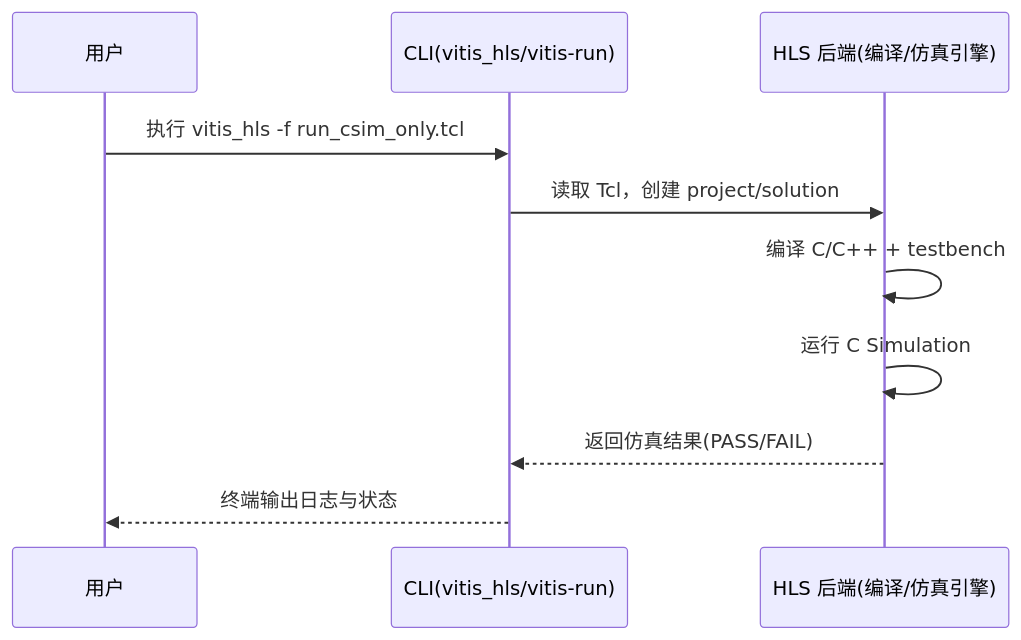
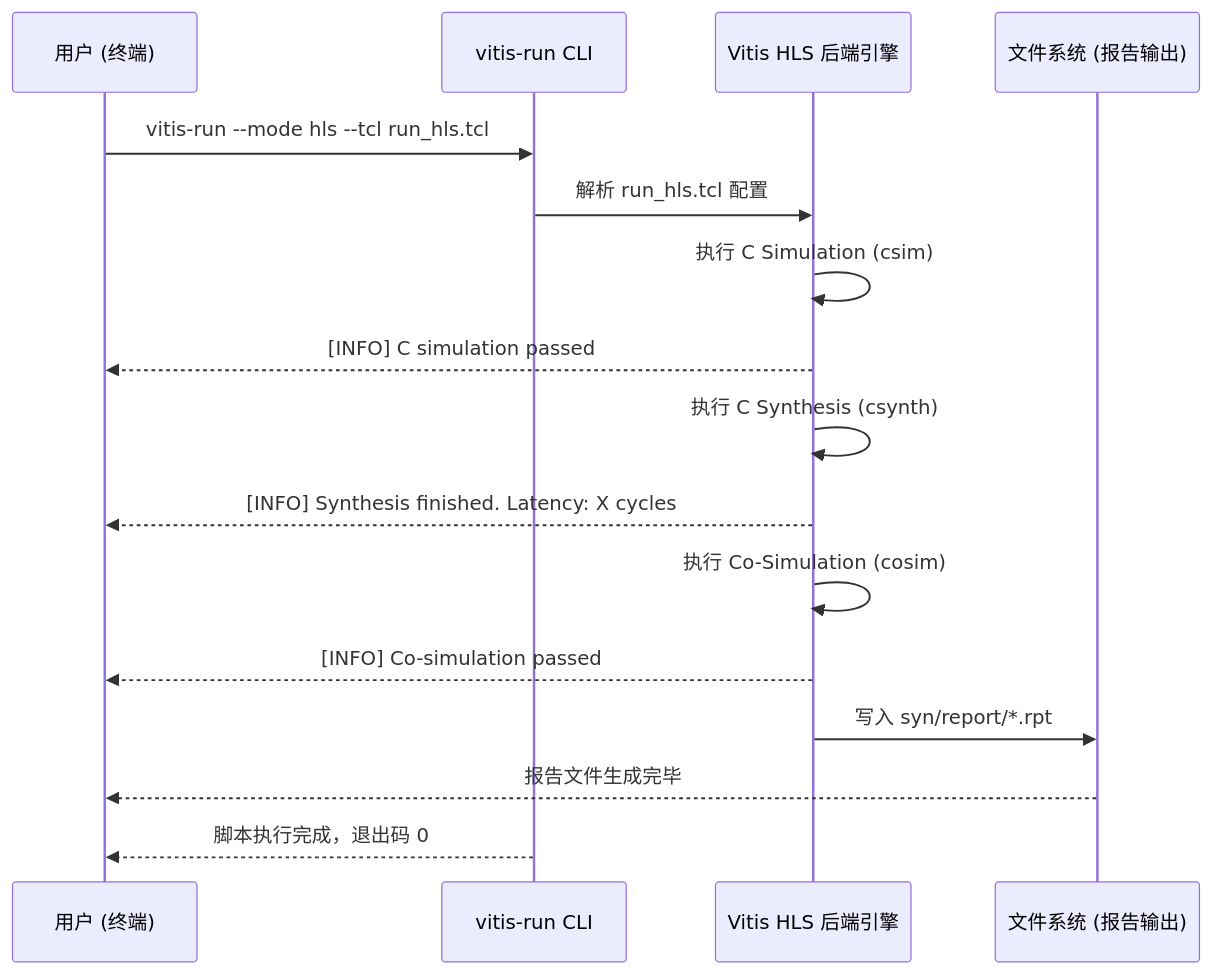
Before and after one commit to nerdneilsfield/code-wiki-pages: the second of 2 diagrams in public/Vitis-HLS-Introductory-Examples-2024.2/guide-getting-started.md, drawn with Mermaid. The commit also changed other lines of this file and 45 other files, not shown here.

````diff
--- a/public/Vitis-HLS-Introductory-Examples-2024.2/guide-getting-started.md
+++ b/public/Vitis-HLS-Introductory-Examples-2024.2/guide-getting-started.md
@@ -18,13 +26,19 @@
 ```mermaid
 sequenceDiagram
-    participant U as 用户
-    participant C as CLI(vitis_hls/vitis-run)
-    participant B as HLS 后端(编译/仿真引擎)
+    participant U as 用户 (终端)
+    participant CLI as vitis-run CLI
+    participant HLS as Vitis HLS 后端引擎
+    participant FS as 文件系统 (报告输出)
 
-    U->>C: 执行 vitis_hls -f run_csim_only.tcl
-    C->>B: 读取 Tcl，创建 project/solution
-    B->>B: 编译 C/C++ + testbench
-    B->>B: 运行 C Simulation
-    B-->>C: 返回仿真结果(PASS/FAIL)
-    C-->>U: 终端输出日志与状态
+    U->>CLI: vitis-run --mode hls --tcl run_hls.tcl
+    CLI->>HLS: 解析 run_hls.tcl 配置
+    HLS->>HLS: 执行 C Simulation (csim)
+    HLS-->>U: [INFO] C simulation passed
+    HLS->>HLS: 执行 C Synthesis (csynth)
+    HLS-->>U: [INFO] Synthesis finished. Latency: X cycles
+    HLS->>HLS: 执行 Co-Simulation (cosim)
+    HLS-->>U: [INFO] Co-simulation passed
+    HLS->>FS: 写入 syn/report/*.rpt
+    FS-->>U: 报告文件生成完毕
+    CLI-->>U: 脚本执行完成，退出码 0
 ```
````
